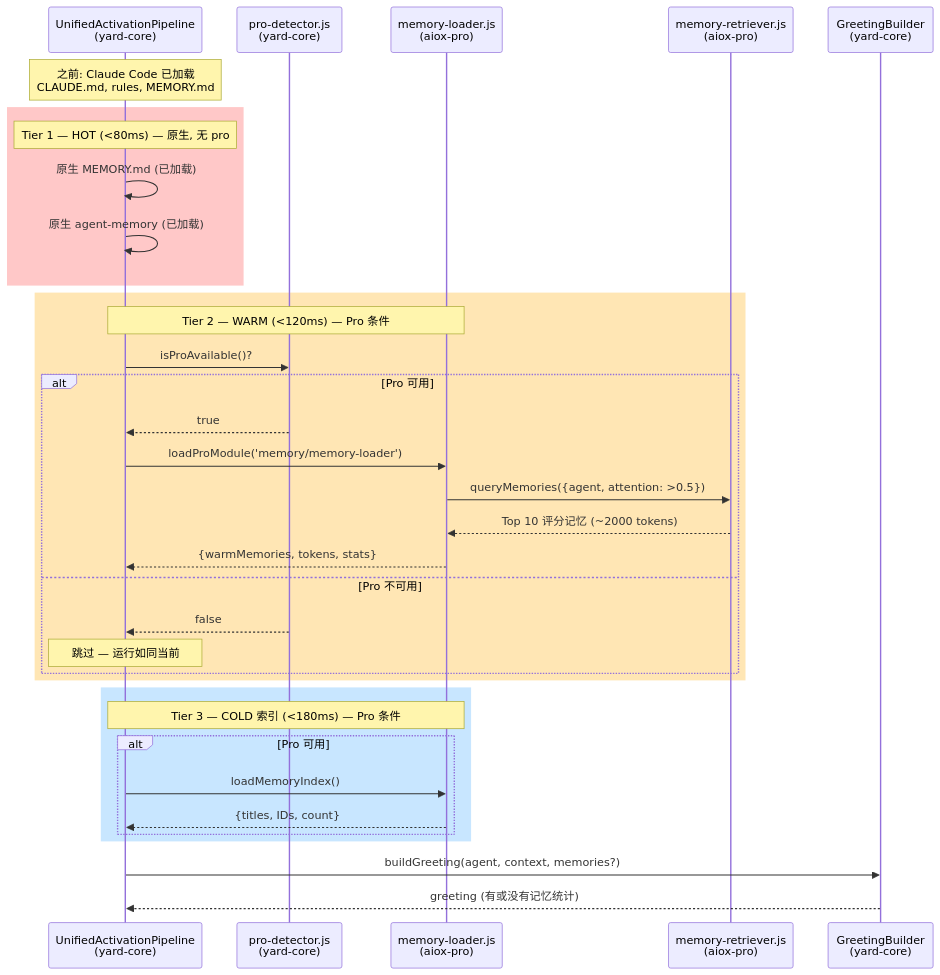
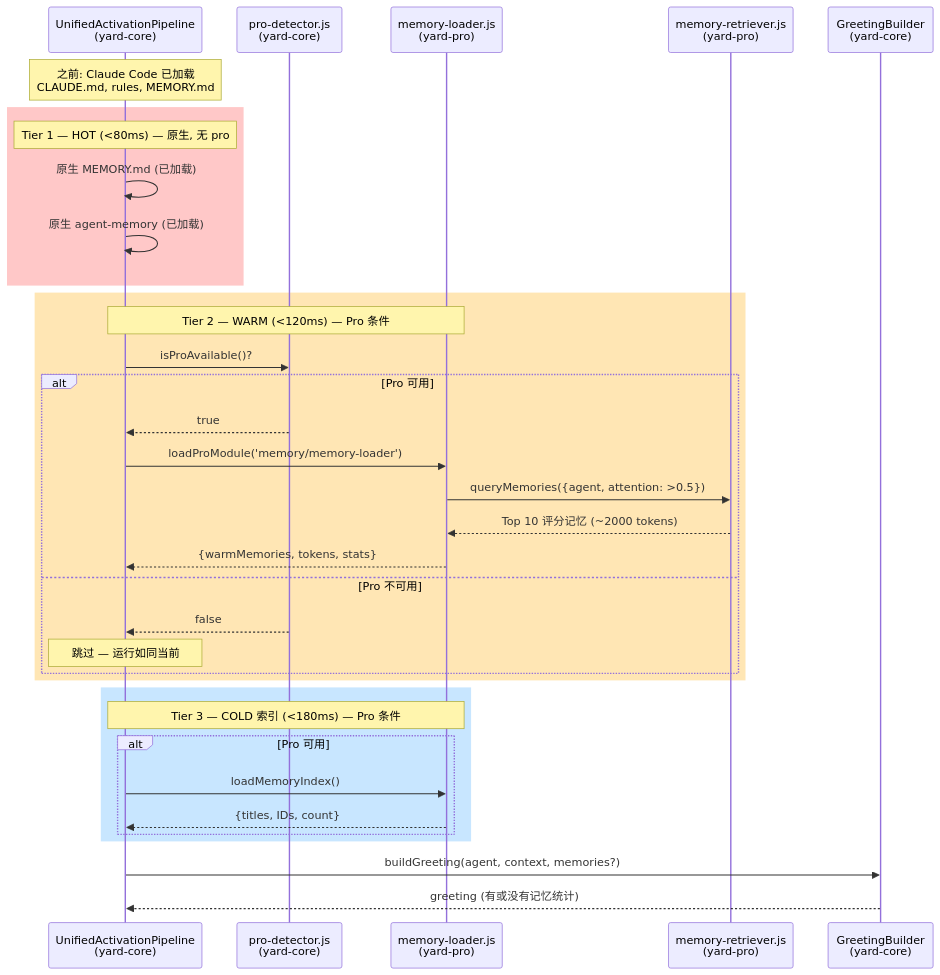
One commit to ernesto-langa/yard-core changed the tenth of 11 diagrams in docs/zh/guides/MEMORY-INTELLIGENCE-SYSTEM.md. Above: the diagram before and after it, drawn with Mermaid. The commit also changed other lines of this file and 529 other files, not shown here.

````diff
--- a/docs/zh/guides/MEMORY-INTELLIGENCE-SYSTEM.md
+++ b/docs/zh/guides/MEMORY-INTELLIGENCE-SYSTEM.md
@@ -761,43 +761,43 @@
 ```mermaid
 sequenceDiagram
     participant UAP as UnifiedActivationPipeline<br/>(yard-core)
     participant PD as pro-detector.js<br/>(yard-core)
-    participant ML as memory-loader.js<br/>(aiox-pro)
-    participant MR as memory-retriever.js<br/>(aiox-pro)
+    participant ML as memory-loader.js<br/>(yard-pro)
+    participant MR as memory-retriever.js<br/>(yard-pro)
     participant GB as GreetingBuilder<br/>(yard-core)
 
     Note over UAP: 之前: Claude Code 已加载<br/>CLAUDE.md, rules, MEMORY.md
 
     rect rgb(255, 200, 200)
         Note over UAP: Tier 1 — HOT (<80ms) — 原生, 无 pro
         UAP->>UAP: 原生 MEMORY.md (已加载)
         UAP->>UAP: 原生 agent-memory (已加载)
     end
 
     rect rgb(255, 230, 180)
         Note over UAP,ML: Tier 2 — WARM (<120ms) — Pro 条件
         UAP->>PD: isProAvailable()?
 
         alt Pro 可用
             PD-->>UAP: true
             UAP->>ML: loadProModule('memory/memory-loader')
             ML->>MR: queryMemories({agent, attention: >0.5})
             MR-->>ML: Top 10 评分记忆 (~2000 tokens)
             ML-->>UAP: {warmMemories, tokens, stats}
         else Pro 不可用
             PD-->>UAP: false
             Note over UAP: 跳过 — 运行如同当前
         end
     end
 
     rect rgb(200, 230, 255)
         Note over UAP,ML: Tier 3 — COLD 索引 (<180ms) — Pro 条件
         alt Pro 可用
             UAP->>ML: loadMemoryIndex()
             ML-->>UAP: {titles, IDs, count}
         end
     end
 
     UAP->>GB: buildGreeting(agent, context, memories?)
     GB-->>UAP: greeting (有或没有记忆统计)
 ```
````
